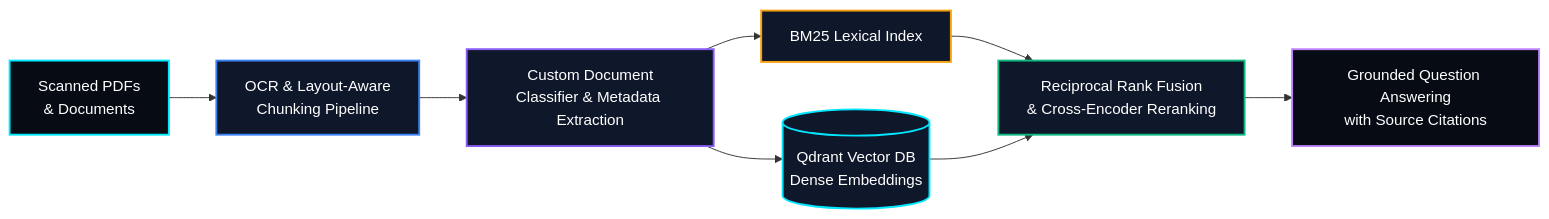
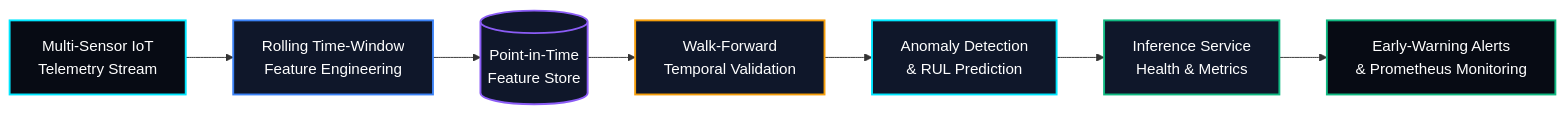
One commit to Aditya70-creator/PredictiveOps changed the diagram in README.md. Above: the diagram before and after it, drawn with Mermaid. The commit also changed other lines of this file, not shown here.

````diff
--- a/README.md
+++ b/README.md
@@ -13,21 +13,17 @@
-```mermaid
+```mermaid id="p9s3lx"
 flowchart LR
-    Doc["Scanned PDFs<br/>& Documents"] --> OCR["OCR & Layout-Aware<br/>Chunking Pipeline"]
-    OCR --> Clf["Custom Document<br/>Classifier & Metadata Extraction"]
+    Sensor["Multi-Sensor IoT<br/>Telemetry Stream"] --> Win["Rolling Time-Window<br/>Feature Engineering"]
+    Win --> FS[("Point-in-Time<br/>Feature Store")]
+    FS --> Split["Walk-Forward<br/>Temporal Validation"]
+    Split --> Model["Anomaly Detection<br/>& RUL Prediction"]
+    Model --> Serve["Inference Service<br/>Health & Metrics"]
+    Serve --> Alert["Early-Warning Alerts<br/>& Prometheus Monitoring"]
 
-    Clf --> Sparse["BM25 Lexical Index"]
-    Clf --> Dense[("Qdrant Vector DB<br/>Dense Embeddings")]
-
-    Sparse --> Rerank["Reciprocal Rank Fusion<br/>& Cross-Encoder Reranking"]
-    Dense --> Rerank
-
-    Rerank --> QA["Grounded Question Answering<br/>with Source Citations"]
-
-    style Doc fill:#070b14,stroke:#00E7FF,stroke-width:2px,color:#ffffff
-    style OCR fill:#0f172a,stroke:#3B82F6,stroke-width:2px,color:#ffffff
-    style Clf fill:#0f172a,stroke:#8B5CF6,stroke-width:2px,color:#ffffff
-    style Sparse fill:#0f172a,stroke:#f59e0b,stroke-width:2px,color:#ffffff
-    style Dense fill:#0f172a,stroke:#00E7FF,stroke-width:2px,color:#ffffff
-    style Rerank fill:#0f172a,stroke:#10B981,stroke-width:2px,color:#ffffff
-    style QA fill:#070b14,stroke:#c084fc,stroke-width:2px,color:#ffffff
+    style Sensor fill:#070b14,stroke:#00E7FF,stroke-width:2px,color:#ffffff
+    style Win fill:#0f172a,stroke:#3B82F6,stroke-width:2px,color:#ffffff
+    style FS fill:#0f172a,stroke:#8B5CF6,stroke-width:2px,color:#ffffff
+    style Split fill:#0f172a,stroke:#f59e0b,stroke-width:2px,color:#ffffff
+    style Model fill:#0f172a,stroke:#00E7FF,stroke-width:2px,color:#ffffff
+    style Serve fill:#0f172a,stroke:#10B981,stroke-width:2px,color:#ffffff
+    style Alert fill:#070b14,stroke:#10B981,stroke-width:2px,color:#ffffff
 ```
````
